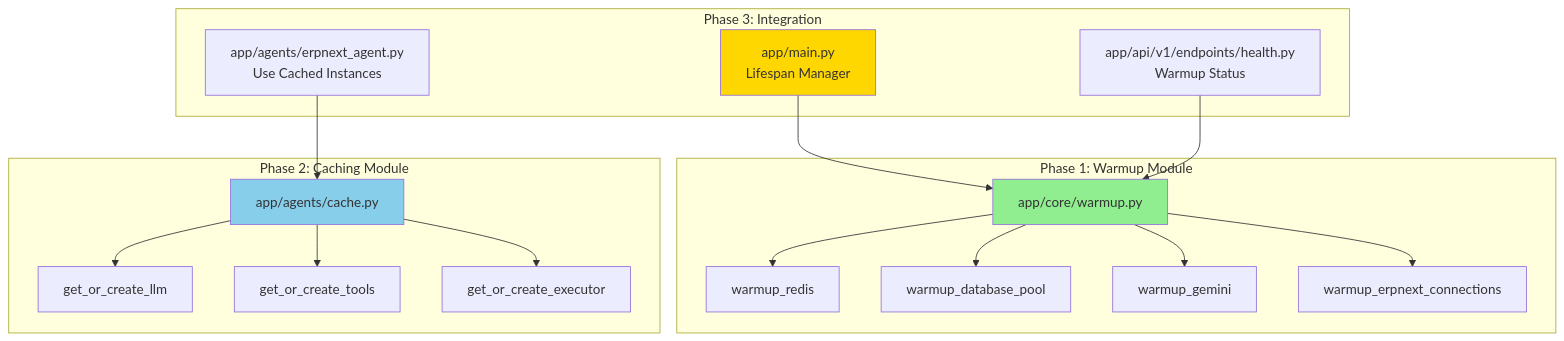
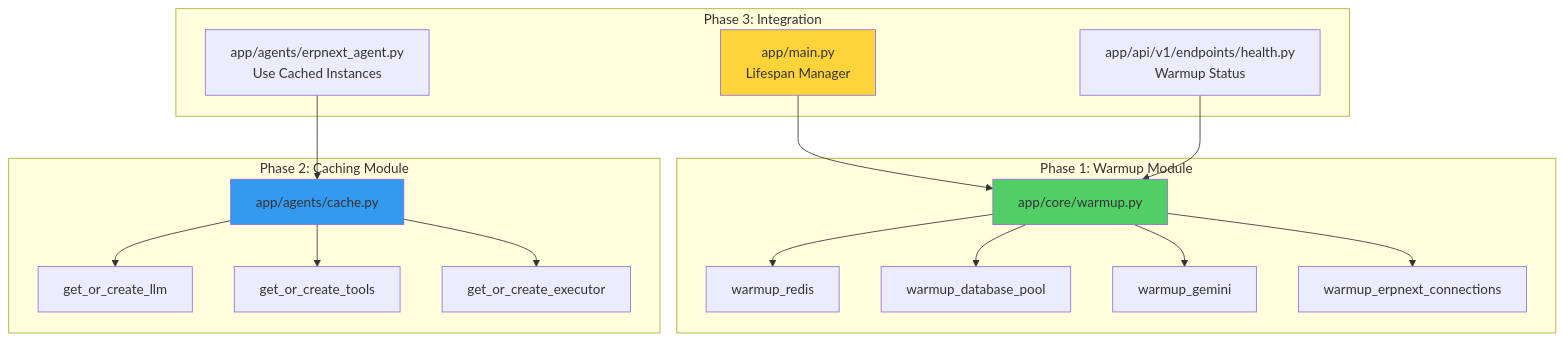
Before and after one commit to manumishra-zm/execution_plan: the ninth of 21 diagrams in latency_fix_plan/latency.md, drawn with Mermaid. The commit also changed other lines of this file, not shown here.

````diff
--- a/latency_fix_plan/latency.md
+++ b/latency_fix_plan/latency.md
@@ -559,40 +559,40 @@
 ```mermaid
 graph TB
     subgraph "Phase 1: Warmup Module"
         Warmup[app/core/warmup.py]
         WarmupRedis[warmup_redis]
         WarmupDB[warmup_database_pool]
         WarmupGemini[warmup_gemini]
         WarmupERP[warmup_erpnext_connections]
 
         Warmup --> WarmupRedis
         Warmup --> WarmupDB
         Warmup --> WarmupGemini
         Warmup --> WarmupERP
     end
 
     subgraph "Phase 2: Caching Module"
         Cache[app/agents/cache.py]
         CacheLLM[get_or_create_llm]
         CacheTools[get_or_create_tools]
         CacheExec[get_or_create_executor]
 
         Cache --> CacheLLM
         Cache --> CacheTools
         Cache --> CacheExec
     end
 
     subgraph "Phase 3: Integration"
         Main[app/main.py<br/>Lifespan Manager]
         Agent[app/agents/erpnext_agent.py<br/>Use Cached Instances]
         Health[app/api/v1/endpoints/health.py<br/>Warmup Status]
 
         Main --> Warmup
         Agent --> Cache
         Health --> Warmup
     end
 
-    style Warmup fill:#90EE90
-    style Cache fill:#87CEEB
-    style Main fill:#FFD700
+    style Warmup fill:#51cf66
+    style Cache fill:#339af0
+    style Main fill:#ffd43b
 ```
````
